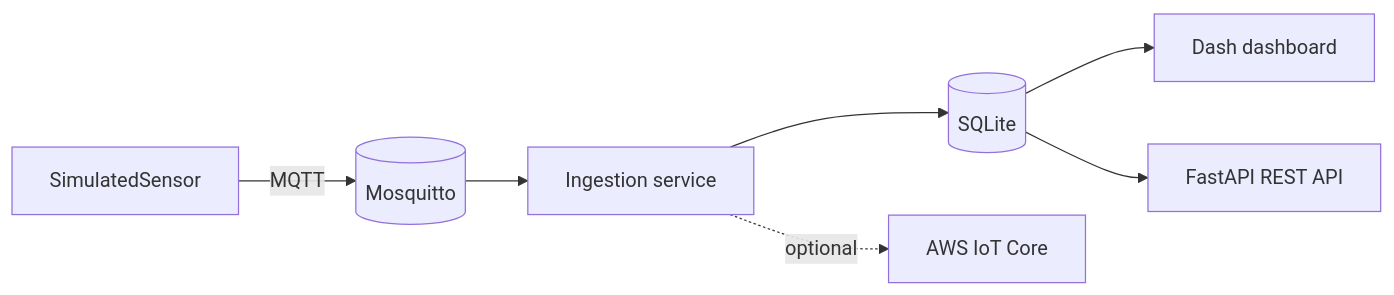
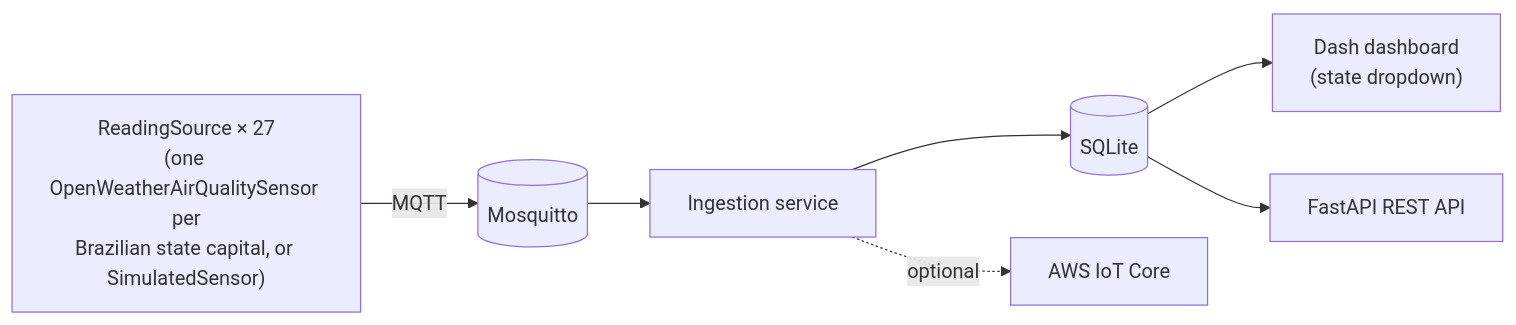
The diagram in README.md (maraMoreir/environmental-monitoring), drawn with Mermaid before and after one commit. The commit also changed other lines of this file and 1 other file, not shown here.

First line of the commit message:
docs: document all-27-states real data, dropdown, and PT-BR dashboard

````diff
--- a/README.md
+++ b/README.md
@@ -14,9 +19,9 @@
 ```mermaid
 flowchart LR
-    SIM[SimulatedSensor] -- MQTT --> MQTT[(Mosquitto)]
+    SRC["ReadingSource × 27\n(one OpenWeatherAirQualitySensor per\nBrazilian state capital, or SimulatedSensor)"] -- MQTT --> MQTT[(Mosquitto)]
     MQTT --> ING[Ingestion service]
     ING --> DB[(SQLite)]
     ING -. optional .-> AWS[AWS IoT Core]
-    DB --> DASH[Dash dashboard]
+    DB --> DASH["Dash dashboard\n(state dropdown)"]
     DB --> API[FastAPI REST API]
 ```
````
